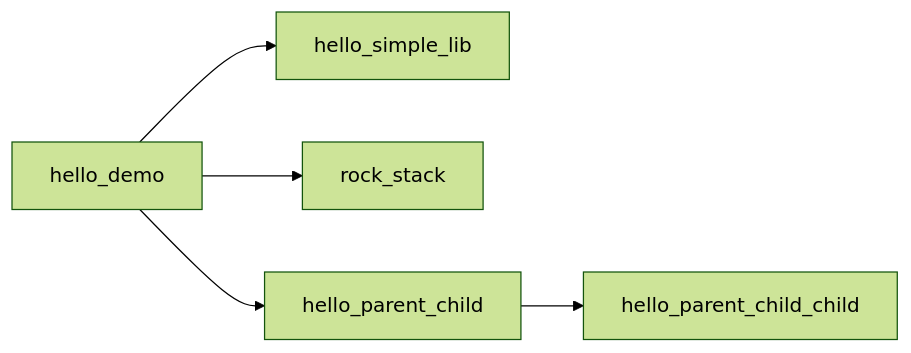
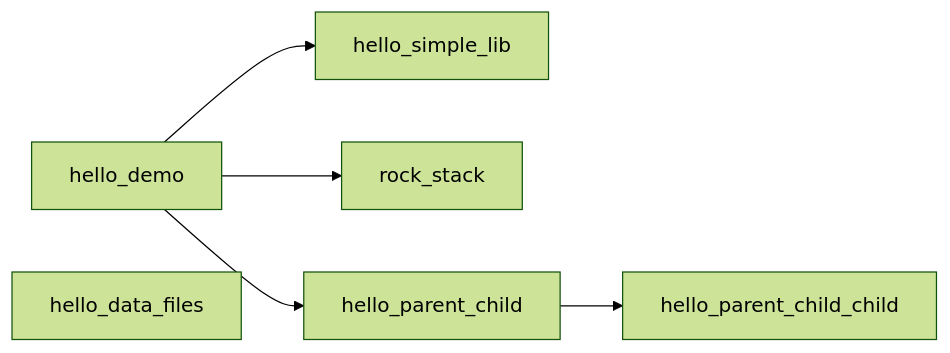
The diagram in test_projects/README.md (shelltdf/up), drawn with Mermaid (forest theme) before and after one commit. The commit also changed other lines of this file and 6 other files, not shown here.

````diff
--- a/test_projects/README.md
+++ b/test_projects/README.md
@@ -18,12 +19,13 @@
 ```mermaid
 flowchart LR
   hello_simple_lib["hello_simple_lib"]
   hello_demo["hello_demo"]
   rock_stack["rock_stack"]
   hello_parent_child["hello_parent_child"]
   hello_parent_child_child["hello_parent_child_child"]
+  hello_data_files["hello_data_files"]
   hello_demo --> hello_simple_lib
   hello_demo --> rock_stack
   hello_demo --> hello_parent_child
   hello_parent_child --> hello_parent_child_child
 ```
````
